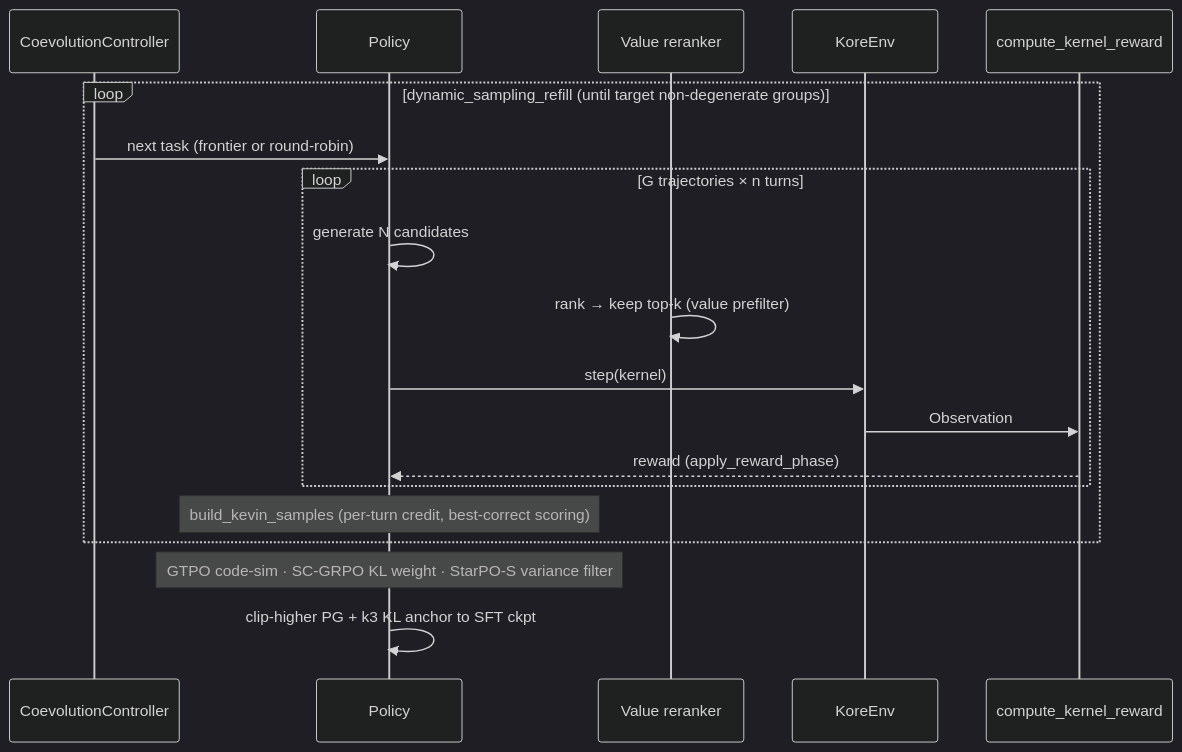
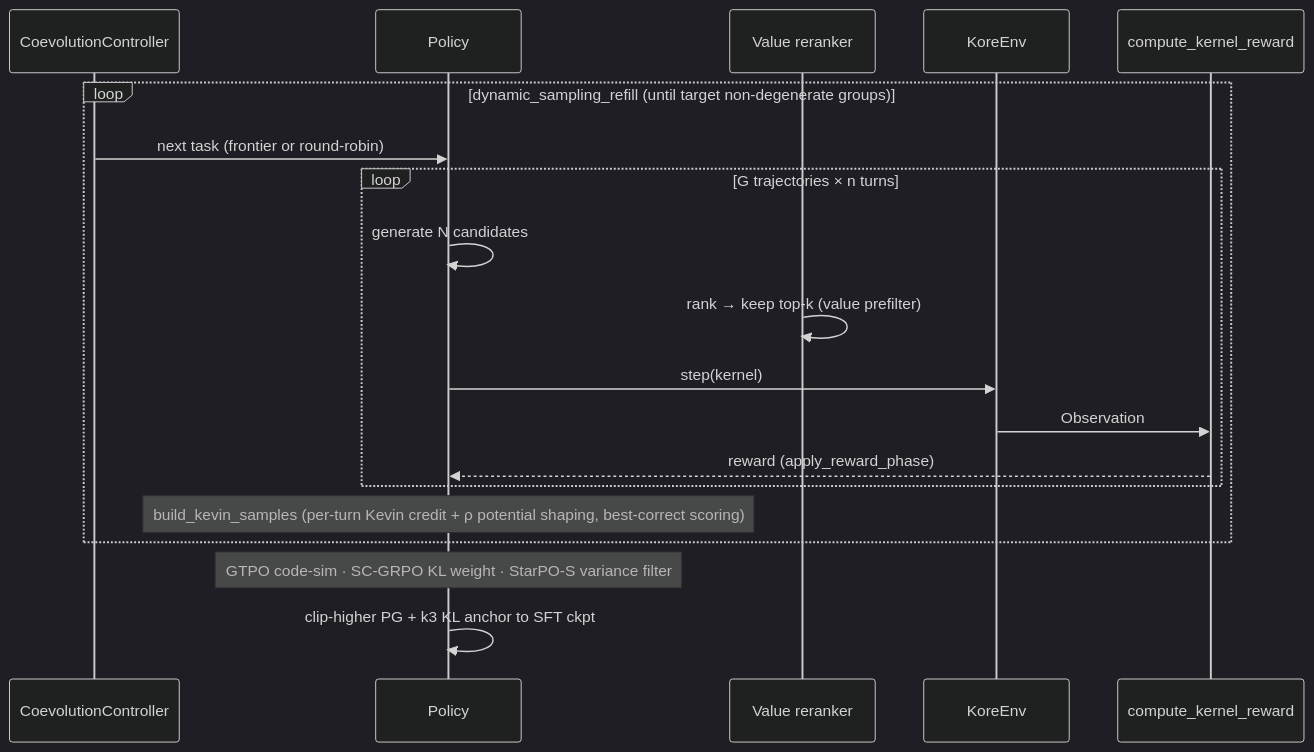
The second of 2 diagrams in kore/policy/README.md (amd-shasriva/KORE), drawn with Mermaid (dark theme) before and after one commit. The commit also changed other lines of this file and 16 other files, not shown here.

````diff
--- a/kore/policy/README.md
+++ b/kore/policy/README.md
@@ -42,21 +42,21 @@
 ```mermaid
 sequenceDiagram
   participant Ctrl as CoevolutionController
   participant Pol as Policy
   participant Val as Value reranker
   participant Env as KoreEnv
   participant Rew as compute_kernel_reward
   loop dynamic_sampling_refill (until target non-degenerate groups)
     Ctrl->>Pol: next task (frontier or round-robin)
     loop G trajectories × n turns
       Pol->>Pol: generate N candidates
       Val->>Val: rank → keep top-k (value prefilter)
       Pol->>Env: step(kernel)
       Env->>Rew: Observation
       Rew-->>Pol: reward (apply_reward_phase)
     end
-    Note over Pol: build_kevin_samples (per-turn credit, best-correct scoring)
+    Note over Pol: build_kevin_samples (per-turn Kevin credit + ρ potential shaping, best-correct scoring)
   end
   Note over Pol: GTPO code-sim · SC-GRPO KL weight · StarPO-S variance filter
   Pol->>Pol: clip-higher PG + k3 KL anchor to SFT ckpt
 ```
````
